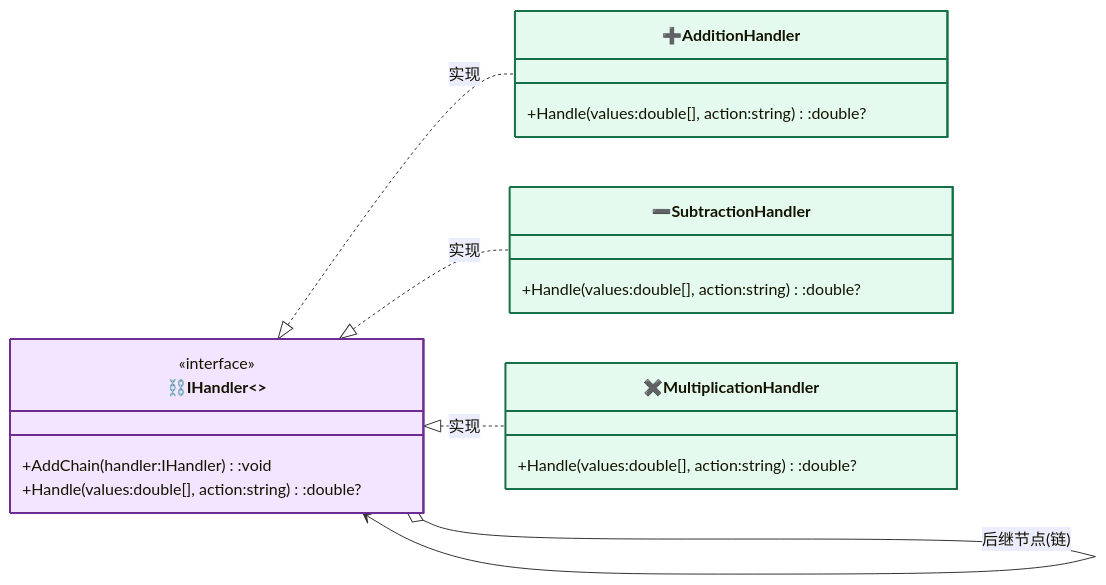
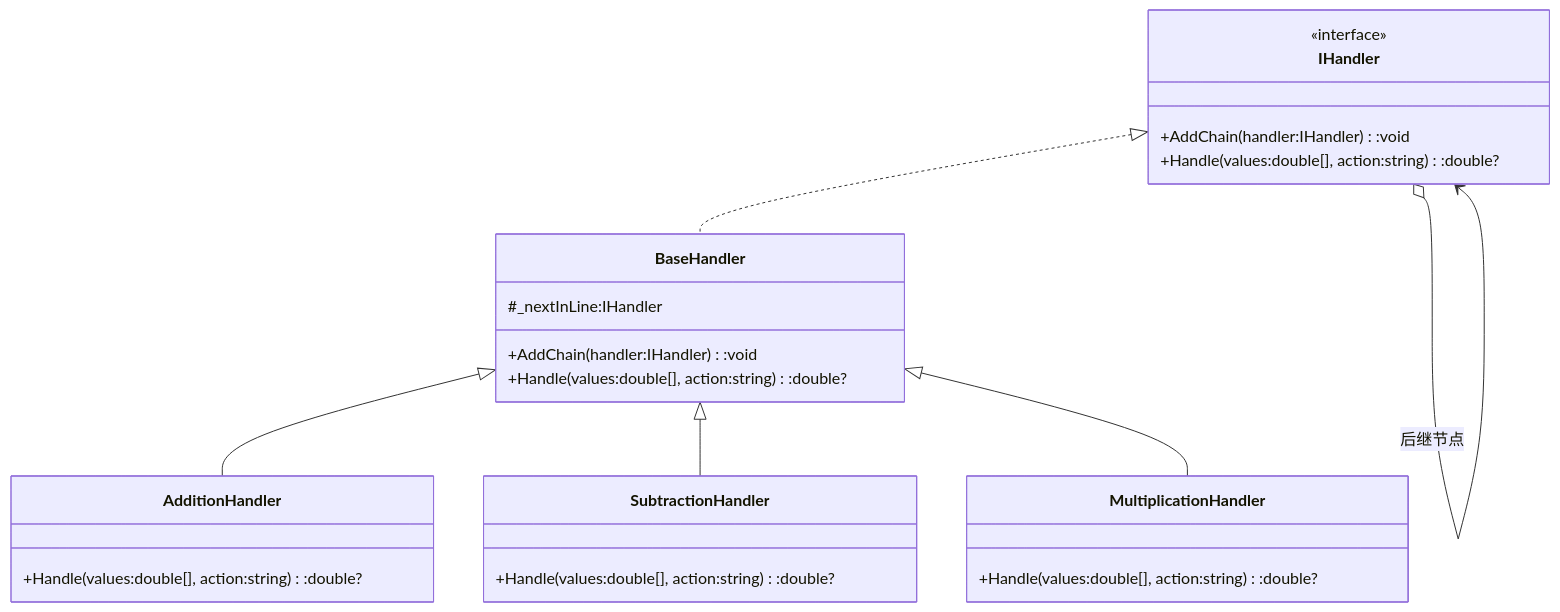
One commit to hollson/design_patterns changed the second of 2 diagrams in ChainOfResponsibilityPattern/README.md. Above: the diagram before and after it, drawn with Mermaid. The commit also changed other lines of this file and 19 other files, not shown here.

````diff
--- a/ChainOfResponsibilityPattern/README.md
+++ b/ChainOfResponsibilityPattern/README.md
@@ -20,29 +56,28 @@
 ```mermaid
-%%{init: {"classDiagram": {"useMarkdownLabels": true}} }%%
 classDiagram
-    direction LR
-
-    class Handler["⛓️IHandler<<interface>>"]:::strategyCls{
+    class IHandler {
         <<interface>>
         +AddChain(handler:IHandler):void
         +Handle(values:double[], action:string):double?
     }
-    class AdditionHandler["➕AdditionHandler"]:::concreteCls{
+    class BaseHandler {
+        #_nextInLine:IHandler
+        +AddChain(handler:IHandler):void
         +Handle(values:double[], action:string):double?
     }
-    class SubtractionHandler["➖SubtractionHandler"]:::concreteCls{
+    class AdditionHandler {
         +Handle(values:double[], action:string):double?
     }
-    class MultiplicationHandler["✖️MultiplicationHandler"]:::concreteCls{
+    class SubtractionHandler {
+        +Handle(values:double[], action:string):double?
+    }
+    class MultiplicationHandler {
         +Handle(values:double[], action:string):double?
     }
 
-    Handler <|.. AdditionHandler : 实现
-    Handler <|.. SubtractionHandler : 实现
-    Handler <|.. MultiplicationHandler : 实现
-    Handler o--> Handler : 后继节点(链)
-
-    classDef contextCls fill:#fff3cd,stroke:#856404,stroke-width:2px
-    classDef strategyCls fill:#f3e5ff,stroke:#6b2d91,stroke-width:2px
-    classDef concreteCls fill:#e5faef,stroke:#177048,stroke-width:2px
+    IHandler <|.. BaseHandler
+    BaseHandler <|-- AdditionHandler
+    BaseHandler <|-- SubtractionHandler
+    BaseHandler <|-- MultiplicationHandler
+    IHandler o--> IHandler : 后继节点
 ```
````
